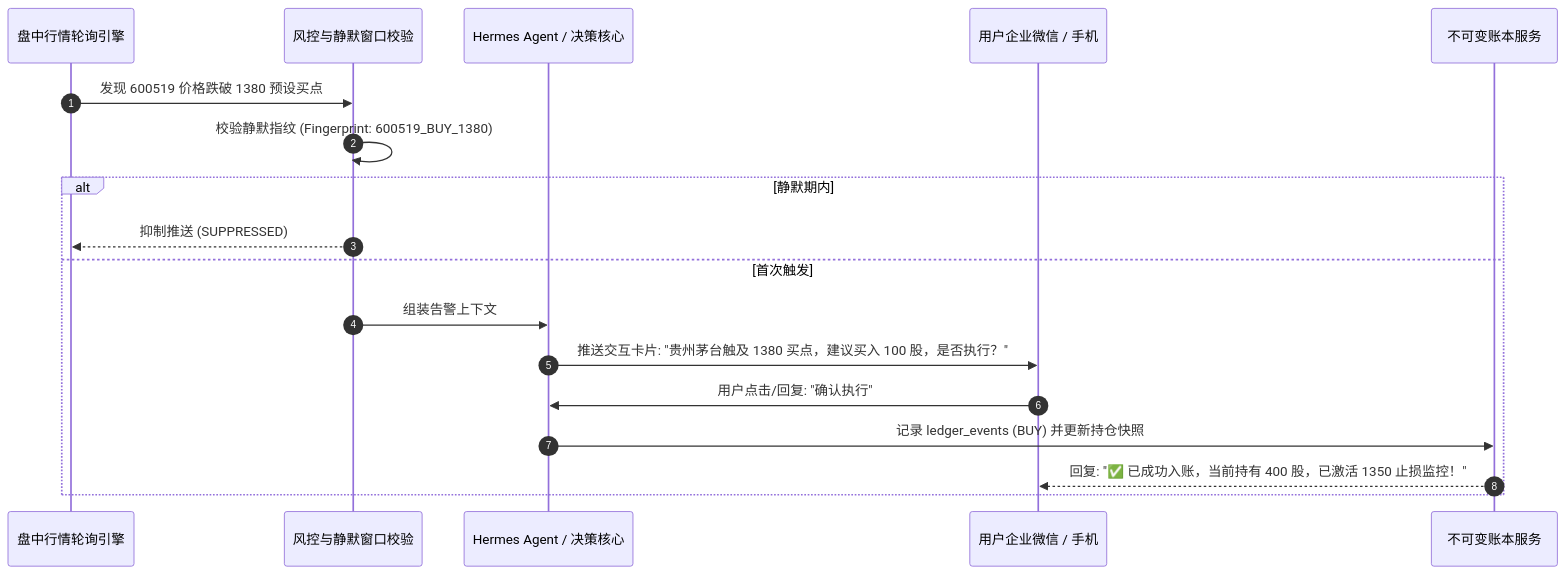
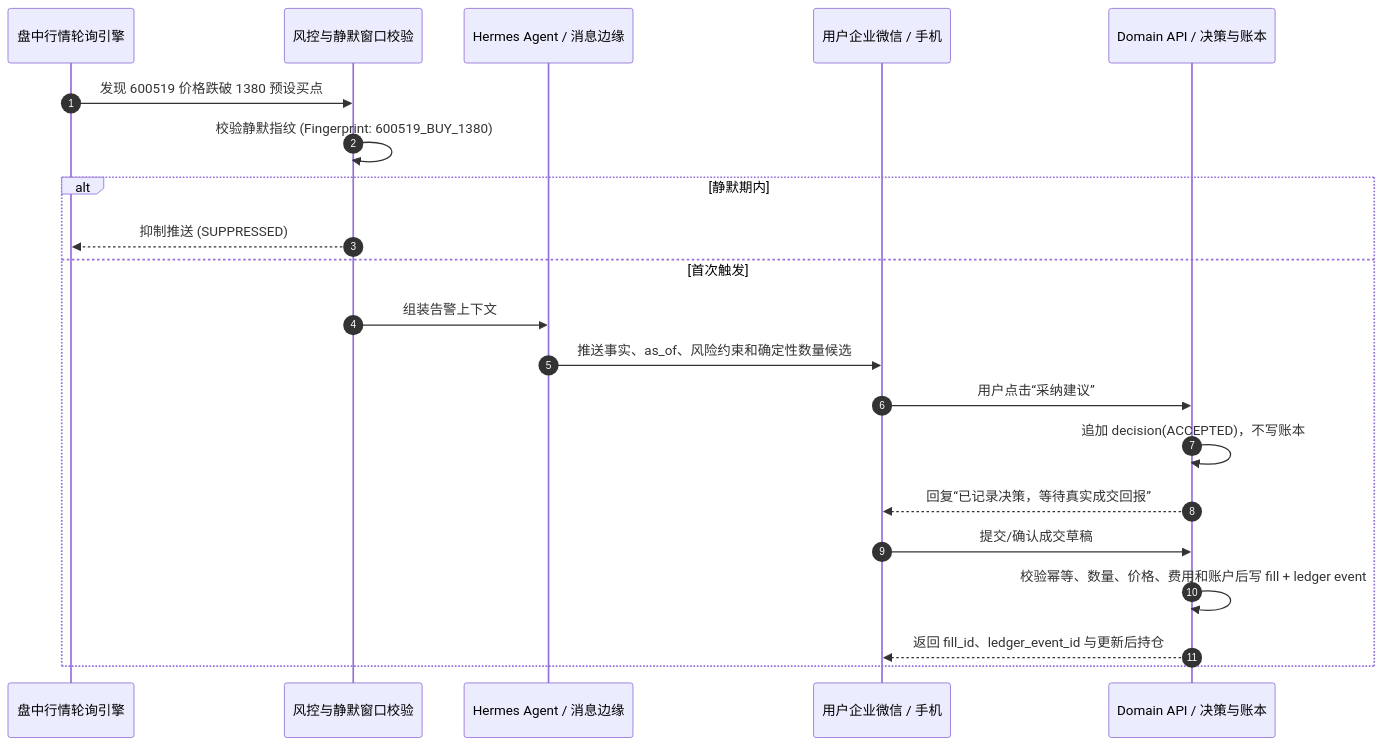
The diagram in skills/intraday_hitl_monitor/SKILL.md (sinojelly/wealthsail), drawn with Mermaid before and after one commit. The commit also changed other lines of this file and 30 other files, not shown here.

First line of the commit message:
docs: align restored WealthSail detail with phased architecture

````diff
--- a/skills/intraday_hitl_monitor/SKILL.md
+++ b/skills/intraday_hitl_monitor/SKILL.md
@@ -18,21 +19,24 @@
 ```mermaid
 sequenceDiagram
     autonumber
     participant Engine as 盘中行情轮询引擎
     participant Policy as 风控与静默窗口校验
-    participant Agent as Hermes Agent / 决策核心
+    participant Agent as Hermes Agent / 消息边缘
     participant WeCom as 用户企业微信 / 手机
-    participant Ledger as 不可变账本服务
+    participant Core as Domain API / 决策与账本
 
     Engine ->> Policy: 发现 600519 价格跌破 1380 预设买点
     Policy ->> Policy: 校验静默指纹 (Fingerprint: 600519_BUY_1380)
     alt 静默期内
         Policy -->> Engine: 抑制推送 (SUPPRESSED)
     else 首次触发
         Policy ->> Agent: 组装告警上下文
-        Agent ->> WeCom: 推送交互卡片: "贵州茅台触及 1380 买点，建议买入 100 股，是否执行？"
-        WeCom ->> Agent: 用户点击/回复: "确认执行"
-        Agent ->> Ledger: 记录 ledger_events (BUY) 并更新持仓快照
-        Ledger -->> WeCom: 回复: "✅ 已成功入账，当前持有 400 股，已激活 1350 止损监控！"
+        Agent ->> WeCom: 推送事实、as_of、风险约束和确定性数量候选
+        WeCom ->> Core: 用户点击“采纳建议”
+        Core ->> Core: 追加 decision(ACCEPTED)，不写账本
+        Core -->> WeCom: 回复“已记录决策，等待真实成交回报”
+        WeCom ->> Core: 提交/确认成交草稿
+        Core ->> Core: 校验幂等、数量、价格、费用和账户后写 fill + ledger event
+        Core -->> WeCom: 返回 fill_id、ledger_event_id 与更新后持仓
     end
 ```
````
